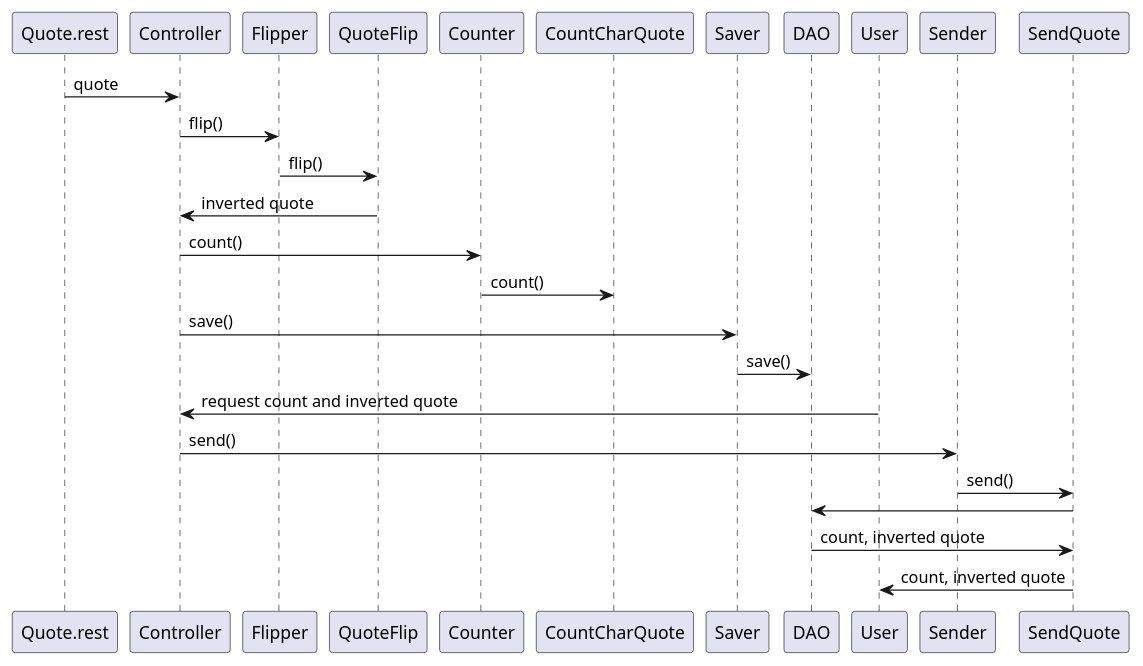
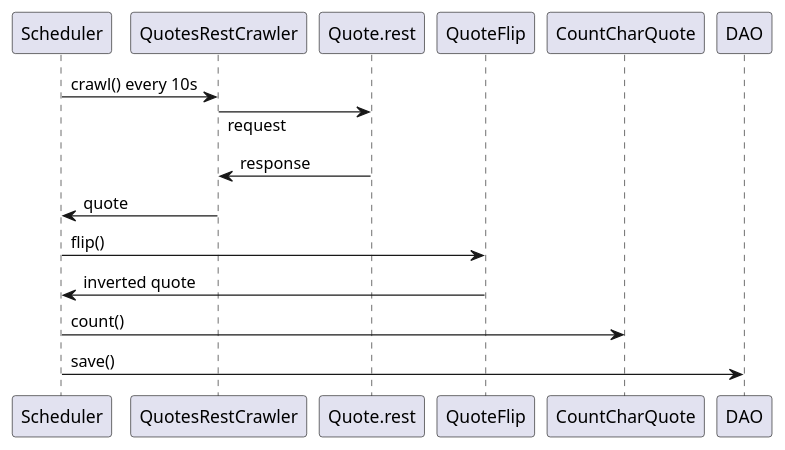
Before and after one commit to Denjer-den/kafkaProject: the first of 2 diagrams in SequenceDiagram.puml, drawn with PlantUML. The commit also changed other lines of this file, not shown here.

Commit message:
Add changes in sequence diagram

```diff
--- a/SequenceDiagram.puml
+++ b/SequenceDiagram.puml
@@ -1,21 +1,13 @@
 @startuml
 
 skinparam responseMessageBelowArrow true
 
-Quote.rest -> Controller : quote
-Controller -> Flipper : flip()
-Flipper -> QuoteFlip : flip()
-QuoteFlip -> Controller : inverted quote
-Controller -> Counter : count()
-Counter -> CountCharQuote : count()
-Controller -> Saver : save()
-Saver -> DAO : save()
-
-User -> Controller : request count and inverted quote
-Controller -> Sender : send()
-Sender -> SendQuote : send()
-SendQuote -> DAO
-DAO -> SendQuote : count, inverted quote
-SendQuote -> User : count, inverted quote
-
+Scheduler -> QuotesRestCrawler : crawl() every 10s
+Quote.rest <- QuotesRestCrawler : request
+Quote.rest -> QuotesRestCrawler : response
+QuotesRestCrawler -> Scheduler : quote
+Scheduler -> QuoteFlip : flip()
+QuoteFlip -> Scheduler : inverted quote
+Scheduler -> CountCharQuote : count()
+Scheduler -> DAO : save()
 @enduml
```
